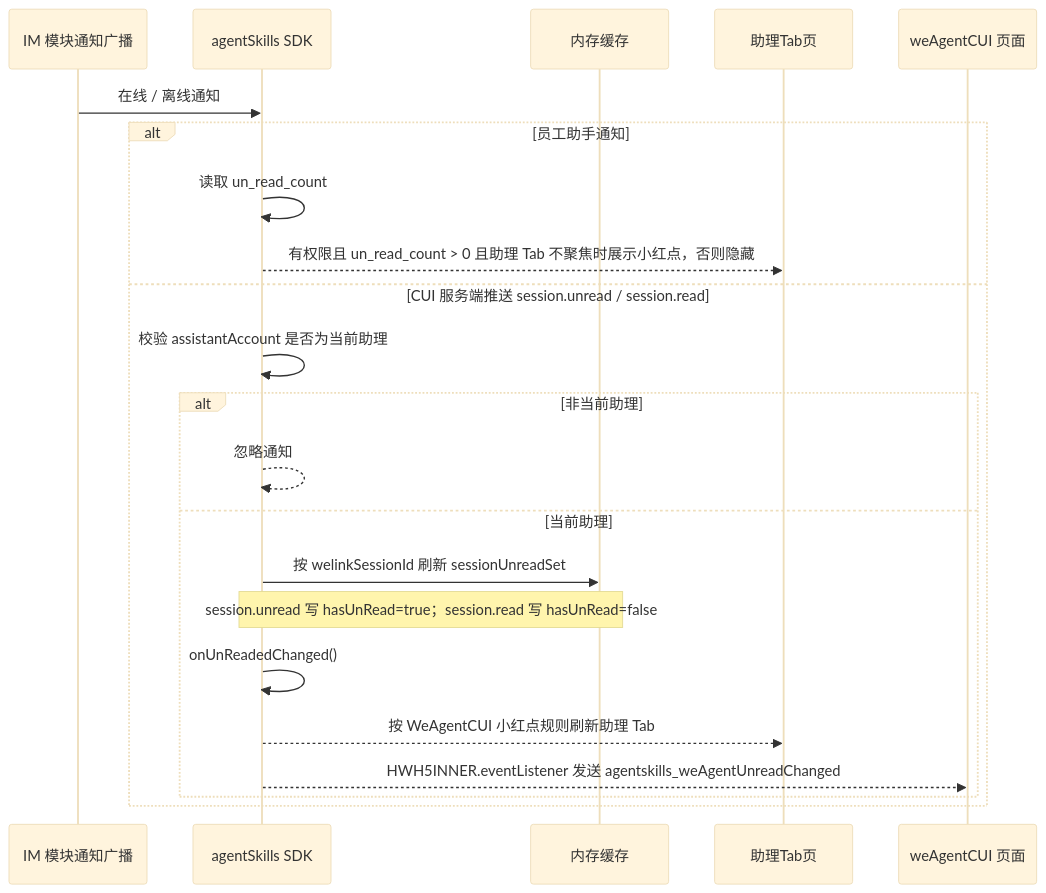
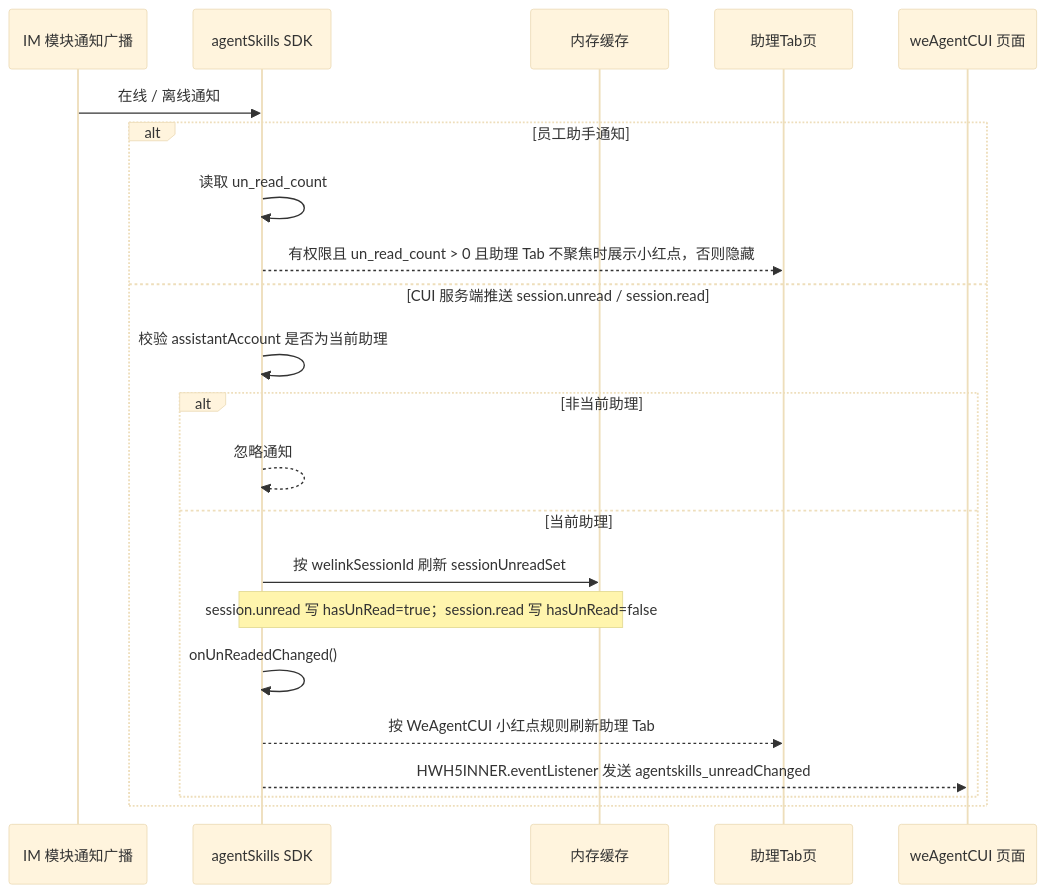
Before and after one commit to Abelsjcheng/skillSDK: the fifth of 10 diagrams in 2026-06-11-we-agent-tab-unread-red-dot-plan.md, drawn with Mermaid (base theme). The commit also changed other lines of this file and 53 other files, not shown here.

````diff
--- a/2026-06-11-we-agent-tab-unread-red-dot-plan.md
+++ b/2026-06-11-we-agent-tab-unread-red-dot-plan.md
@@ -242,25 +242,25 @@
 ```mermaid
 sequenceDiagram
     participant IM as IM 模块通知广播
     participant SDK as agentSkills SDK
     participant Memory as 内存缓存
     participant Tab as 助理Tab页
     participant CUI as weAgentCUI 页面
 
     IM->>SDK: 在线 / 离线通知
     alt 员工助手通知
         SDK->>SDK: 读取 un_read_count
         SDK-->>Tab: 有权限且 un_read_count > 0 且助理 Tab 不聚焦时展示小红点，否则隐藏
     else CUI 服务端推送 session.unread / session.read
         SDK->>SDK: 校验 assistantAccount 是否为当前助理
         alt 非当前助理
             SDK-->>SDK: 忽略通知
         else 当前助理
             SDK->>Memory: 按 welinkSessionId 刷新 sessionUnreadSet
             Note over SDK,Memory: session.unread 写 hasUnRead=true；session.read 写 hasUnRead=false
             SDK->>SDK: onUnReadedChanged()
             SDK-->>Tab: 按 WeAgentCUI 小红点规则刷新助理 Tab
-            SDK-->>CUI: HWH5INNER.eventListener 发送 agentskills_weAgentUnreadChanged
+            SDK-->>CUI: HWH5INNER.eventListener 发送 agentskills_unreadChanged
         end
     end
 ```
````
